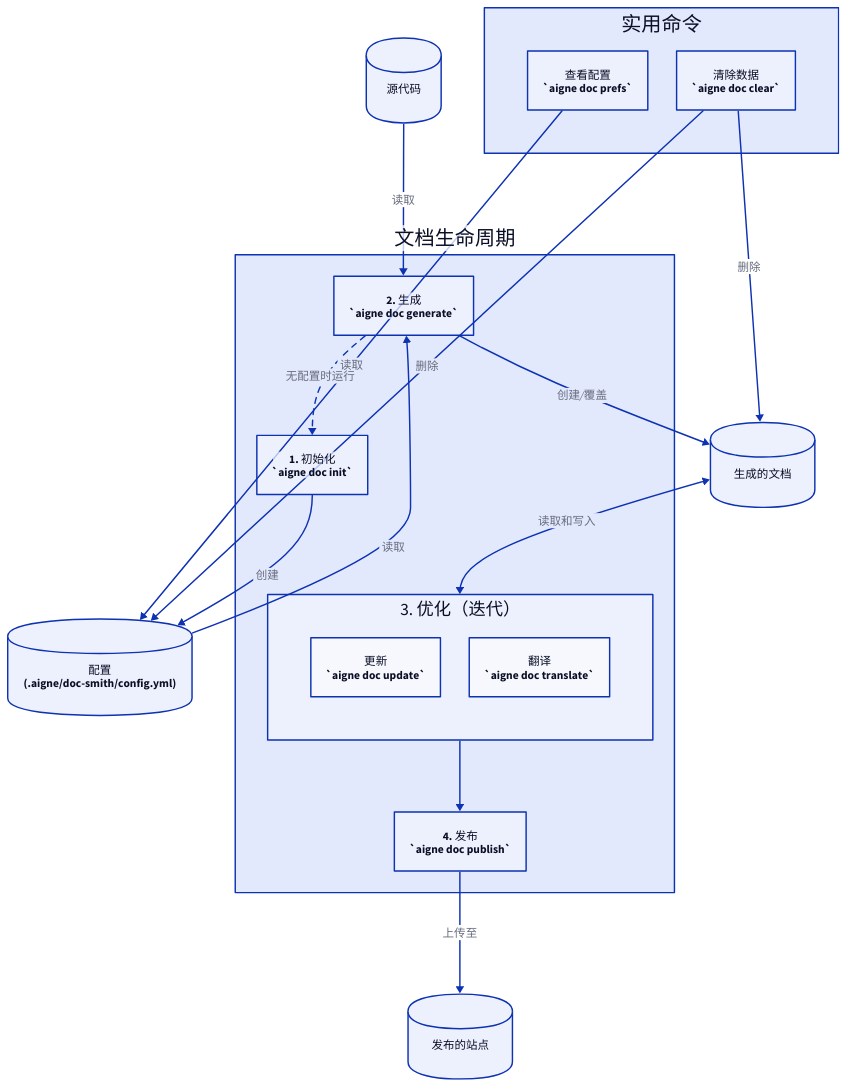
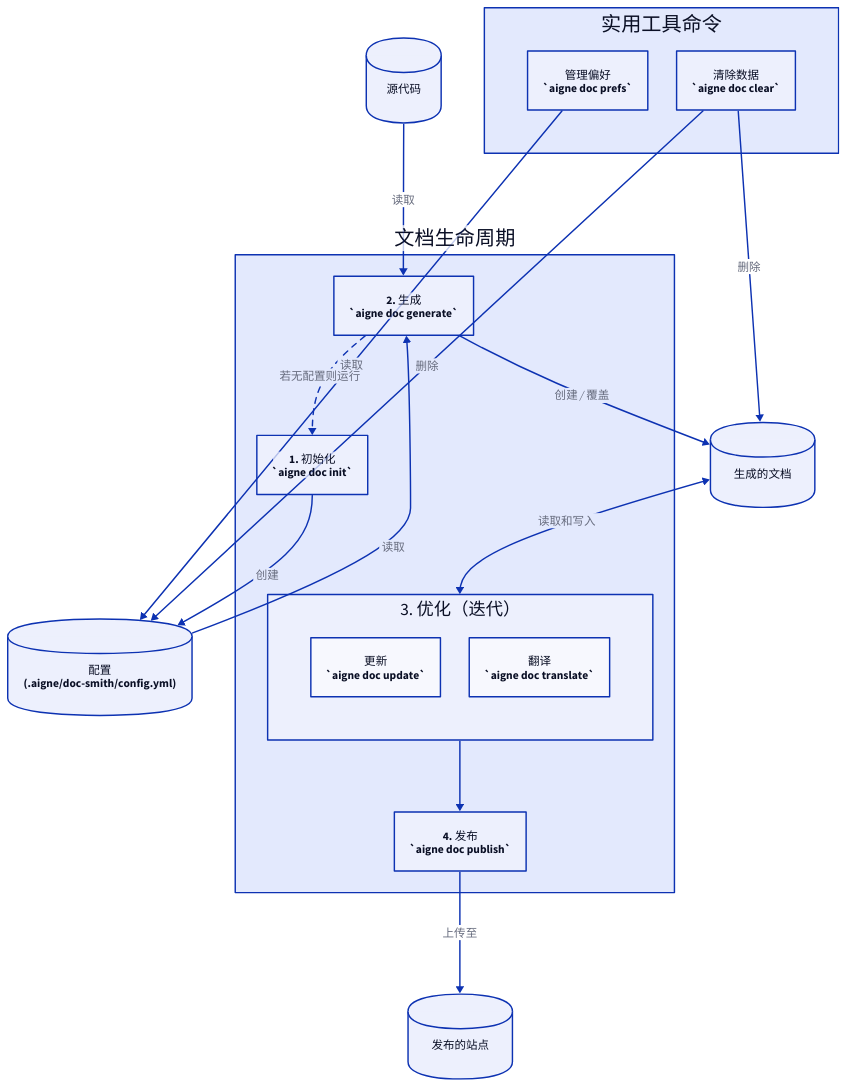
Before and after one commit to AIGNE-io/aigne-doc-smith: the diagram in docs/cli-reference.zh.md, drawn with D2. The commit also changed other lines of this file and 84 other files, not shown here.

```diff
--- a/docs/cli-reference.zh.md
+++ b/docs/cli-reference.zh.md
@@ -67,13 +67,13 @@
   }
 }
 
-# --- 实用命令 ---
+# --- 实用工具命令 ---
 Utilities: {
-  label: "实用命令"
+  label: "实用工具命令"
   grid-columns: 2
   
   prefs: {
-    label: "查看配置\n`aigne doc prefs`"
+    label: "管理偏好\n`aigne doc prefs`"
     shape: rectangle
   }
   clear: {
@@ -89,9 +89,9 @@
 Lifecycle.init -> Configuration: "创建"
 Source-Code -> Lifecycle.generate: "读取"
 Configuration -> Lifecycle.generate: "读取"
-Lifecycle.generate -> Generated-Docs: "创建/覆盖"
+Lifecycle.generate -> Generated-Docs: "创建 / 覆盖"
 Lifecycle.generate -> Lifecycle.init: {
-  label: "无配置时运行"
+  label: "若无配置则运行"
   style.stroke-dash: 4
 }
 
```
